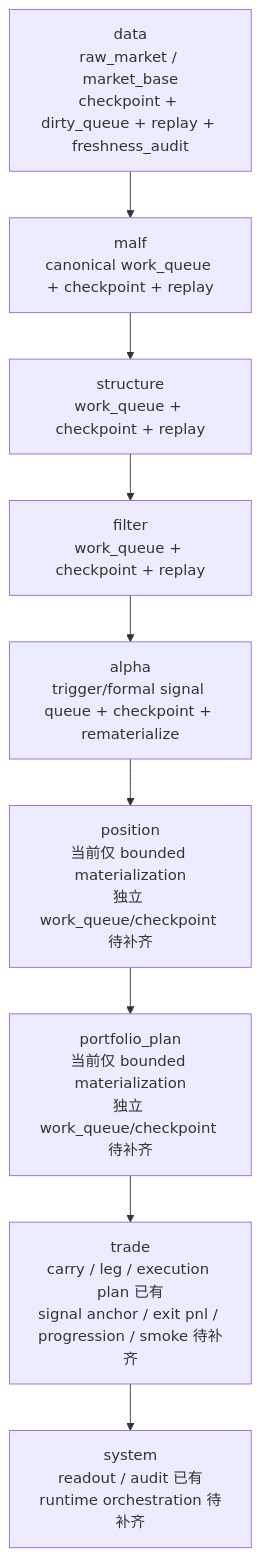
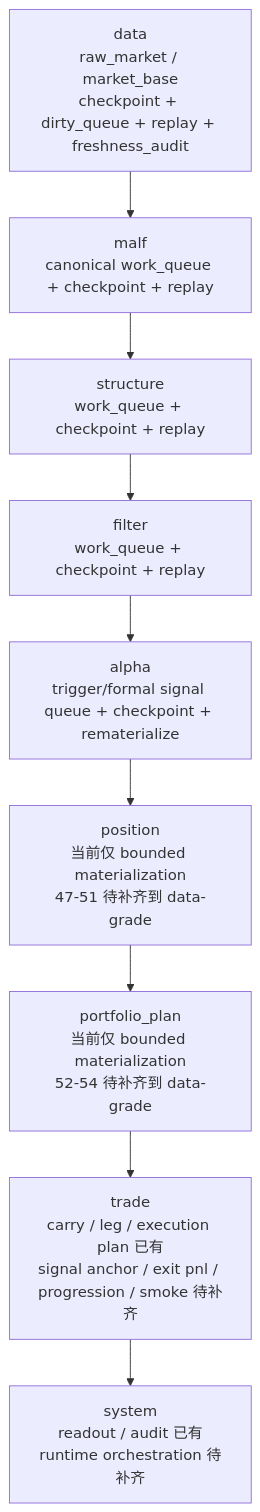
The third of 4 diagrams in docs/02-spec/Ω-system-delivery-roadmap-20260409.md (everything-is-simple/lifespan-0.01), drawn with Mermaid before and after one commit. The commit also changed other lines of this file and 39 other files, not shown here.

````diff
--- a/docs/02-spec/Ω-system-delivery-roadmap-20260409.md
+++ b/docs/02-spec/Ω-system-delivery-roadmap-20260409.md
@@ -130,12 +144,12 @@
 ```mermaid
 flowchart TD
     D0["data\nraw_market / market_base\ncheckpoint + dirty_queue + replay + freshness_audit"] --> M0
     M0["malf\ncanonical work_queue + checkpoint + replay"] --> S0
     S0["structure\nwork_queue + checkpoint + replay"] --> F0
     F0["filter\nwork_queue + checkpoint + replay"] --> A0
     A0["alpha\ntrigger/formal signal queue + checkpoint + rematerialize"] --> P0
-    P0["position\n当前仅 bounded materialization\n独立 work_queue/checkpoint 待补齐"] --> PP0
-    PP0["portfolio_plan\n当前仅 bounded materialization\n独立 work_queue/checkpoint 待补齐"] --> T0
+    P0["position\n当前仅 bounded materialization\n47-51 待补齐到 data-grade"] --> PP0
+    PP0["portfolio_plan\n当前仅 bounded materialization\n52-54 待补齐到 data-grade"] --> T0
     T0["trade\ncarry / leg / execution plan 已有\nsignal anchor / exit pnl / progression / smoke 待补齐"] --> SY0
     SY0["system\nreadout / audit 已有\nruntime orchestration 待补齐"]
 ```
````
